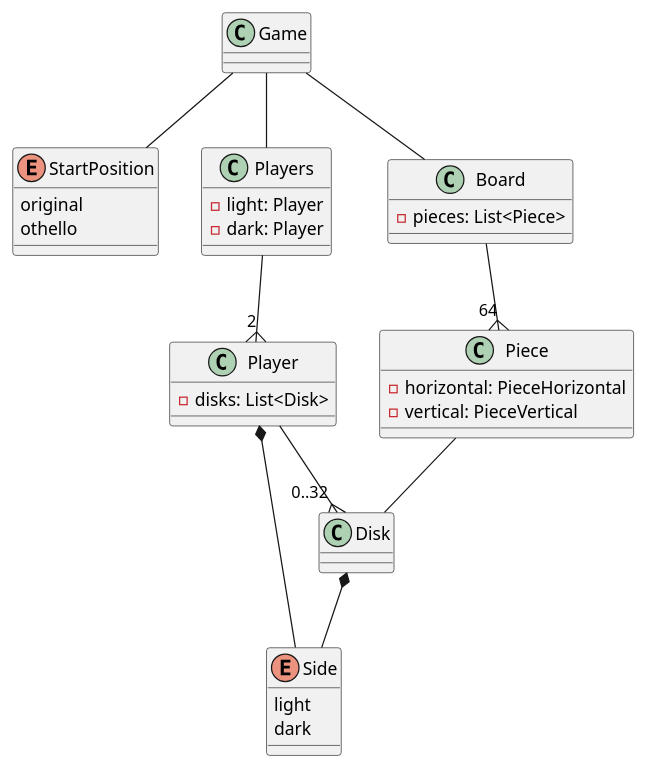
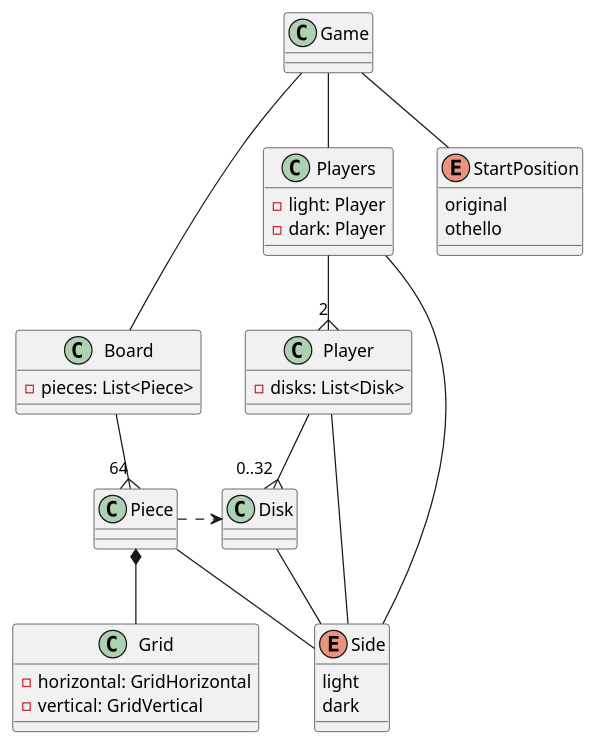
One commit to t-sone/reversi changed the diagram in plantuml/class/game/game.plantuml. Above: the diagram before and after it, drawn with PlantUML. The commit also changed 7 other files, not shown here.

```diff
--- a/plantuml/class/game/game.plantuml
+++ b/plantuml/class/game/game.plantuml
@@ -1,44 +1,50 @@
 @startuml
 
 class Game
 Game -- StartPosition
 Game -- Players
 Game -- Board
 
 enum StartPosition {
   original
   othello
 }
 
 class Players {
   - light: Player
   - dark: Player
 }
+Players -- Side
 Players --{ "2" Player
 
 class Player {
   - disks: List<Disk>
 }
-Player *-- Side
+Player -- Side
 Player --{ "0..32" Disk
 
 enum Side {
   light
   dark
 }
 
 class Disk
-Disk *-- Side
+Disk -- Side
 
 class Board {
   - pieces: List<Piece>
 }
 Board --{ "64" Piece
 
+class Grid {
+  - horizontal: GridHorizontal
+  - vertical: GridVertical
+}
+
 class Piece {
-  - horizontal: PieceHorizontal
-  - vertical: PieceVertical
 }
-Piece -- Disk
+Piece *-- Grid
+Piece -- Side
+Piece .> Disk
 
 @enduml
```
